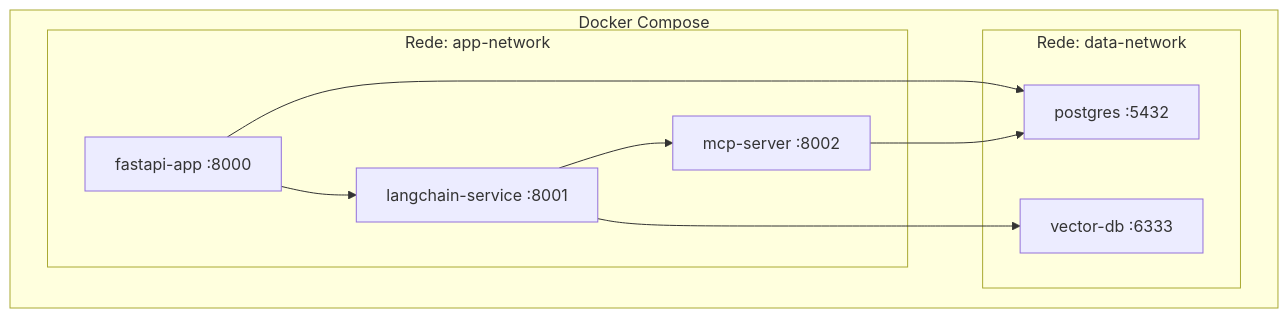
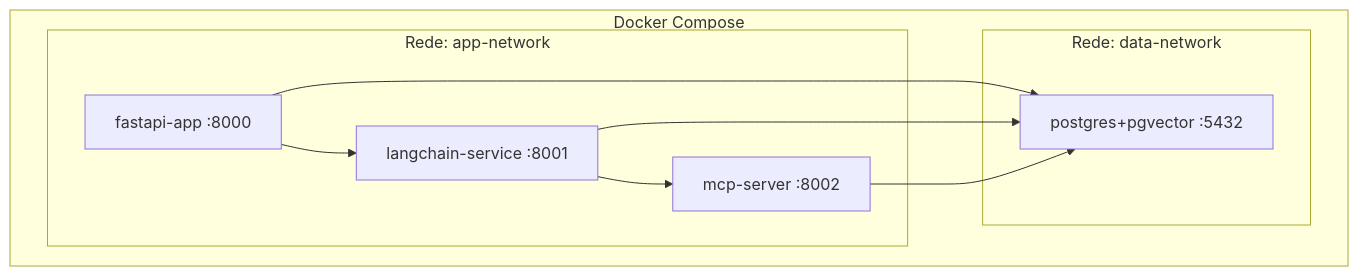
One commit to Weym/desafio-fcg3 changed the eighth of 8 diagrams in docs/architecture.md. Above: the diagram before and after it, drawn with Mermaid. The commit also changed other lines of this file and 6 other files, not shown here.

````diff
--- a/docs/architecture.md
+++ b/docs/architecture.md
@@ -160,21 +266,20 @@
 ```mermaid
 graph TB
     subgraph "Docker Compose"
         subgraph "Rede: app-network"
             API_C[fastapi-app :8000]
             AI_C[langchain-service :8001]
             MCP_C[mcp-server :8002]
         end
 
         subgraph "Rede: data-network"
-            PG_C[postgres :5432]
-            VDB_C[vector-db :6333]
+            PG_C[postgres+pgvector :5432]
         end
     end
 
     API_C --> PG_C
     API_C --> AI_C
     AI_C --> MCP_C
-    AI_C --> VDB_C
+    AI_C --> PG_C
     MCP_C --> PG_C
 ```
````
